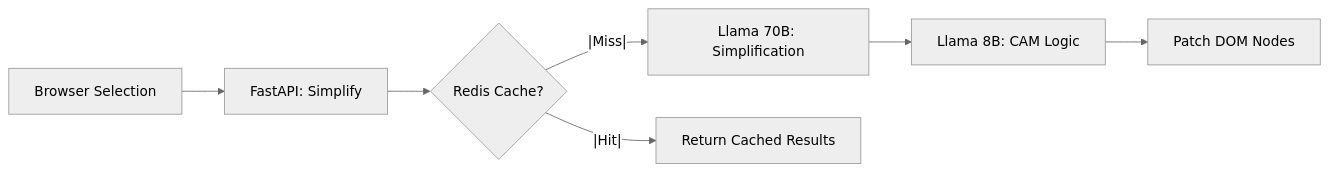
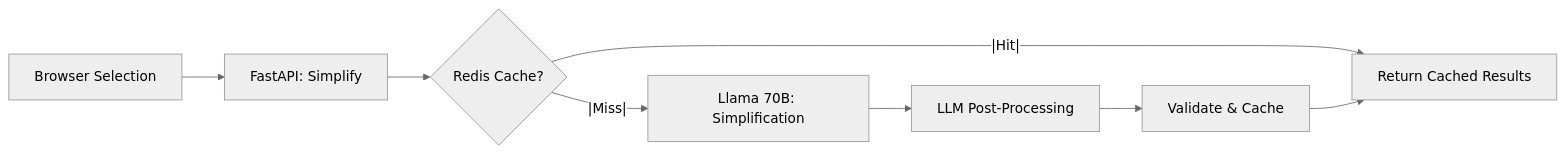
Before and after one commit to Insha-7/NeuroRead: the second of 8 diagrams in README.md, drawn with Mermaid (neutral theme). The commit also changed other lines of this file, not shown here.

````diff
--- a/README.md
+++ b/README.md
@@ -65,9 +98,10 @@
 ```mermaid
 graph LR
     A[Browser Selection] --> B[FastAPI: Simplify]
     B --> C{Redis Cache?}
     C --|Miss| --> D[Llama 70B: Simplification]
     C --|Hit| --> G[Return Cached Results]
-    D --> E[Llama 8B: CAM Logic]
-    E --> F[Patch DOM Nodes]
+    D --> E[LLM Post-Processing]
+    E --> F[Validate & Cache]
+    F --> G
 ```
````
